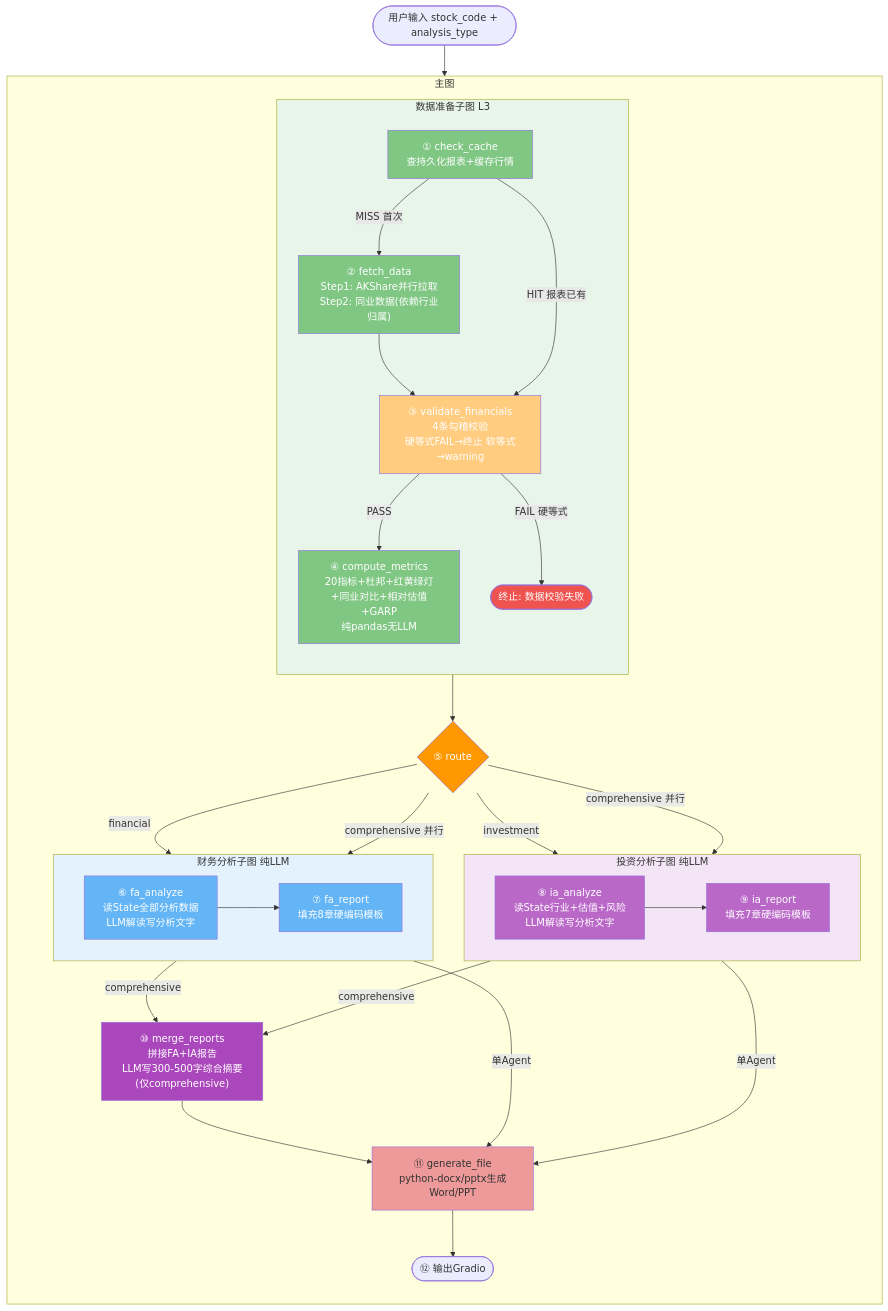
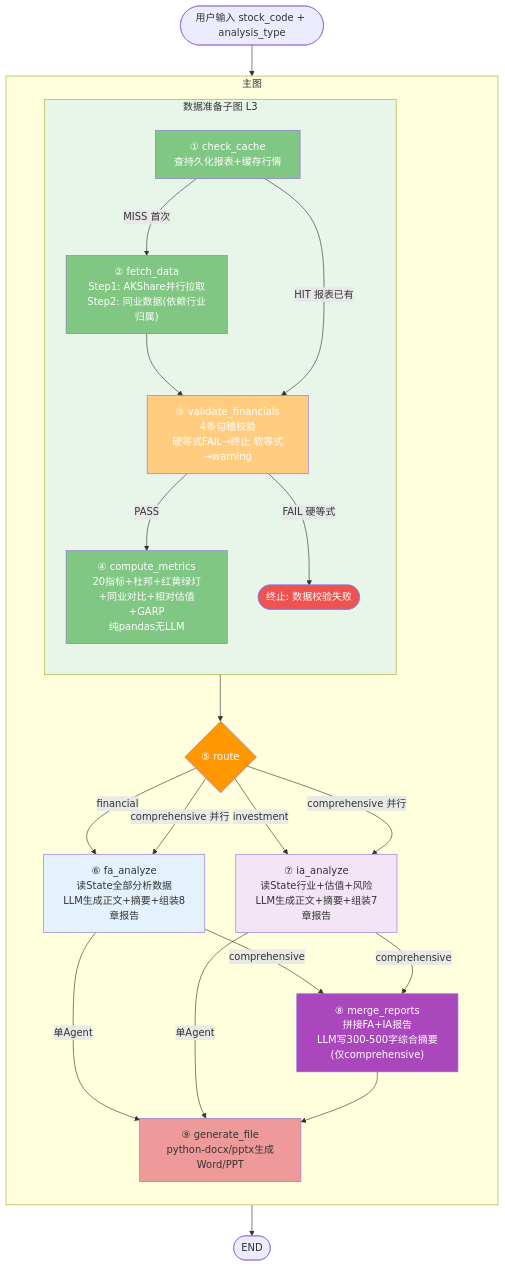
The first of 2 diagrams in docs/architecture.md (closure-guo/finance_analysis_agent), drawn with Mermaid before and after one commit. The commit also changed other lines of this file and 22 other files, not shown here.

````diff
--- a/docs/architecture.md
+++ b/docs/architecture.md
@@ -30,68 +30,55 @@
 ```mermaid
 flowchart TB
     START([用户输入 stock_code + analysis_type]) --> PREP
 
     subgraph MAIN["主图"]
         direction TB
 
         subgraph PREP["数据准备子图 L3"]
             direction TB
             CC["① check_cache<br/>查持久化报表+缓存行情"]
             FP["② fetch_data<br/>Step1: AKShare并行拉取<br/>Step2: 同业数据(依赖行业归属)"]
             VF["③ validate_financials<br/>4条勾稽校验<br/>硬等式FAIL→终止 软等式→warning"]
             CM["④ compute_metrics<br/>20指标+杜邦+红黄绿灯<br/>+同业对比+相对估值+GARP<br/>纯pandas无LLM"]
             CC -->|"MISS 首次"| FP --> VF
             CC -->|"HIT 报表已有"| VF
             VF -->|"PASS"| CM
             VF -->|"FAIL 硬等式"| END_ERR(["终止: 数据校验失败"])
         end
 
         Route{"⑤ route"}
 
-        subgraph FA["财务分析子图 纯LLM"]
-            FA1["⑥ fa_analyze<br/>读State全部分析数据<br/>LLM解读写分析文字"]
-            FA2["⑦ fa_report<br/>填充8章硬编码模板"]
-            FA1 --> FA2
-        end
+        FA["⑥ fa_analyze<br/>读State全部分析数据<br/>LLM生成正文+摘要+组装8章报告"]
 
-        subgraph IA["投资分析子图 纯LLM"]
-            IA1["⑧ ia_analyze<br/>读State行业+估值+风险<br/>LLM解读写分析文字"]
-            IA2["⑨ ia_report<br/>填充7章硬编码模板"]
-            IA1 --> IA2
-        end
+        IA["⑦ ia_analyze<br/>读State行业+估值+风险<br/>LLM生成正文+摘要+组装7章报告"]
 
-        Merge["⑩ merge_reports<br/>拼接FA+IA报告<br/>LLM写300-500字综合摘要(仅comprehensive)"]
-        GenFile["⑪ generate_file<br/>python-docx/pptx生成Word/PPT"]
-        Output(["⑫ 输出Gradio"])
+        Merge["⑧ merge_reports<br/>拼接FA+IA报告<br/>LLM写300-500字综合摘要(仅comprehensive)"]
+        GenFile["⑨ generate_file<br/>python-docx/pptx生成Word/PPT"]
     end
 
     PREP --> Route
 
     Route -->|"financial"| FA
     Route -->|"investment"| IA
     Route -->|"comprehensive 并行"| FA
     Route -->|"comprehensive 并行"| IA
 
     FA -->|"comprehensive"| Merge
     IA -->|"comprehensive"| Merge
     FA -->|"单Agent"| GenFile
     IA -->|"单Agent"| GenFile
     Merge --> GenFile
-    GenFile --> Output
+    GenFile --> END([END])
 
     style PREP fill:#e8f5e9
     style CC fill:#81c784,color:#fff
     style FP fill:#81c784,color:#fff
     style VF fill:#ffcc80,color:#fff
     style CM fill:#81c784,color:#fff
     style END_ERR fill:#ef5350,color:#fff
     style Route fill:#ff9800,color:#fff
     style FA fill:#e3f2fd
     style IA fill:#f3e5f5
-    style FA1 fill:#64b5f6,color:#fff
-    style FA2 fill:#64b5f6,color:#fff
-    style IA1 fill:#ba68c8,color:#fff
-    style IA2 fill:#ba68c8,color:#fff
     style GenFile fill:#ef9a9a
     style Merge fill:#ab47bc,color:#fff
 ```
````
